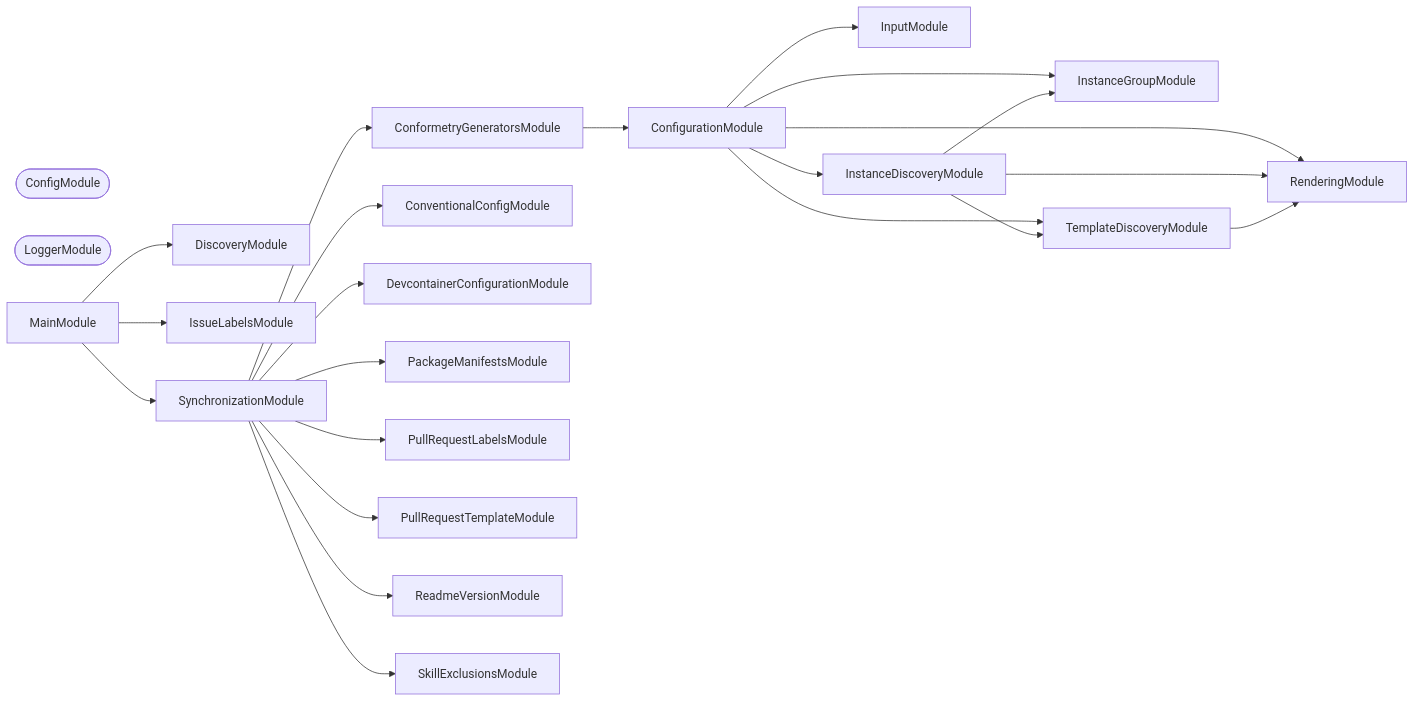
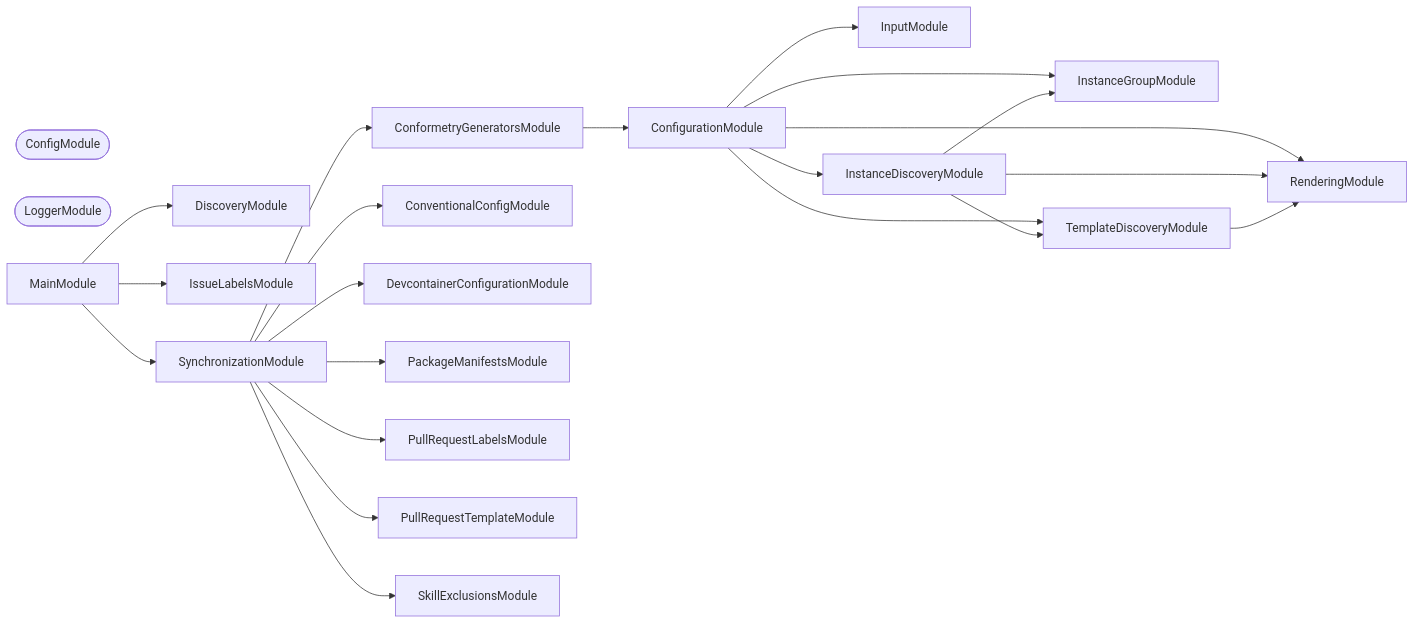
Before and after one commit to Organizzolini/codebase: the second of 3 diagrams in tools/synchronization/README.md, drawn with Mermaid. The commit also changed other lines of this file and 7 other files, not shown here.

````diff
--- a/tools/synchronization/README.md
+++ b/tools/synchronization/README.md
@@ -558,44 +558,42 @@
 ```mermaid
 flowchart LR
   ConfigModule([ConfigModule])
   ConfigurationModule
   ConformetryGeneratorsModule
   ConventionalConfigModule
   DevcontainerConfigurationModule
   DiscoveryModule
   InputModule
   InstanceDiscoveryModule
   InstanceGroupModule
   IssueLabelsModule
   LoggerModule([LoggerModule])
   MainModule
   PackageManifestsModule
   PullRequestLabelsModule
   PullRequestTemplateModule
-  ReadmeVersionModule
   RenderingModule
   SkillExclusionsModule
   SynchronizationModule
   TemplateDiscoveryModule
   ConfigurationModule --> InputModule
   ConfigurationModule --> InstanceDiscoveryModule
   ConfigurationModule --> InstanceGroupModule
   ConfigurationModule --> RenderingModule
   ConfigurationModule --> TemplateDiscoveryModule
   ConformetryGeneratorsModule --> ConfigurationModule
   InstanceDiscoveryModule --> InstanceGroupModule
   InstanceDiscoveryModule --> RenderingModule
   InstanceDiscoveryModule --> TemplateDiscoveryModule
   MainModule --> DiscoveryModule
   MainModule --> IssueLabelsModule
   MainModule --> SynchronizationModule
   SynchronizationModule --> ConformetryGeneratorsModule
   SynchronizationModule --> ConventionalConfigModule
   SynchronizationModule --> DevcontainerConfigurationModule
   SynchronizationModule --> PackageManifestsModule
   SynchronizationModule --> PullRequestLabelsModule
   SynchronizationModule --> PullRequestTemplateModule
-  SynchronizationModule --> ReadmeVersionModule
   SynchronizationModule --> SkillExclusionsModule
   TemplateDiscoveryModule --> RenderingModule
 ```
````
